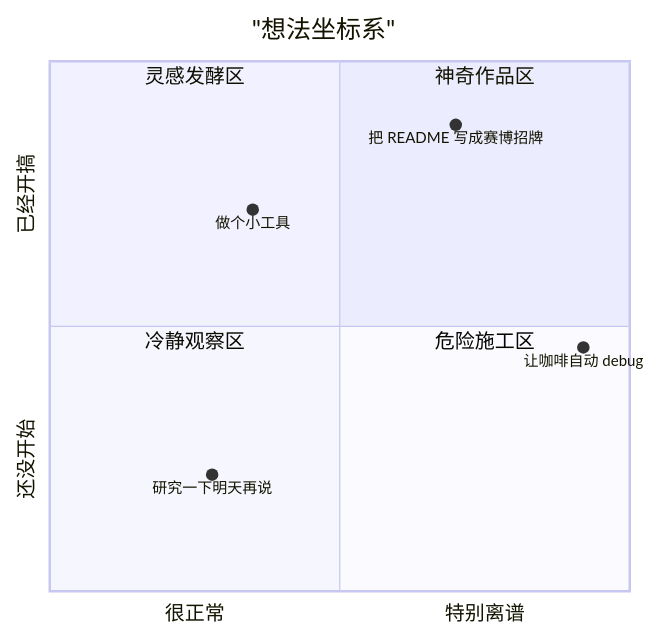
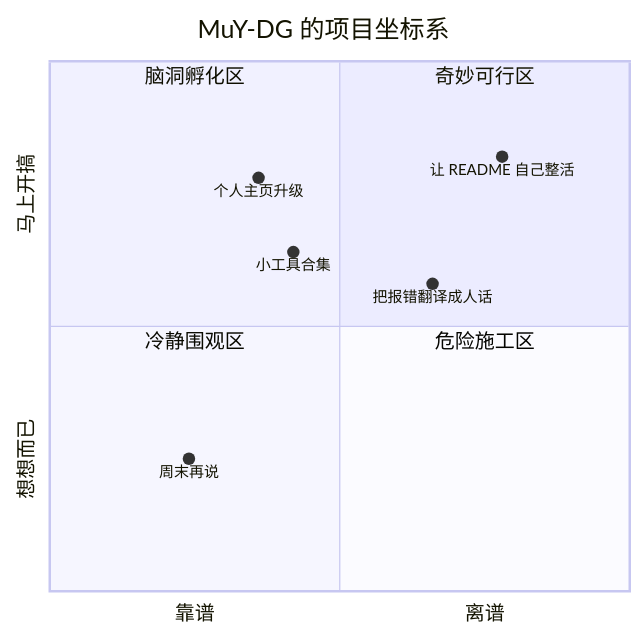
Before and after one commit to MuY-DG/MuY-DG: the third of 3 diagrams in README.md, drawn with Mermaid. The commit also changed other lines of this file, not shown here.

````diff
--- a/README.md
+++ b/README.md
@@ -146,14 +131,15 @@
 ```mermaid
 quadrantChart
-  title "想法坐标系"
-  x-axis "很正常" --> "特别离谱"
-  y-axis "还没开始" --> "已经开搞"
-  quadrant-1 "神奇作品区"
-  quadrant-2 "灵感发酵区"
-  quadrant-3 "冷静观察区"
+  title MuY-DG 的项目坐标系
+  x-axis "靠谱" --> "离谱"
+  y-axis "想想而已" --> "马上开搞"
+  quadrant-1 "奇妙可行区"
+  quadrant-2 "脑洞孵化区"
+  quadrant-3 "冷静围观区"
   quadrant-4 "危险施工区"
-  "做个小工具": [0.35, 0.72]
-  "把 README 写成赛博招牌": [0.70, 0.88]
-  "让咖啡自动 debug": [0.92, 0.46]
-  "研究一下明天再说": [0.28, 0.22]
+  "个人主页升级": [0.36, 0.78]
+  "小工具合集": [0.42, 0.64]
+  "让 README 自己整活": [0.78, 0.82]
+  "把报错翻译成人话": [0.66, 0.58]
+  "周末再说": [0.24, 0.25]
 ```
````
